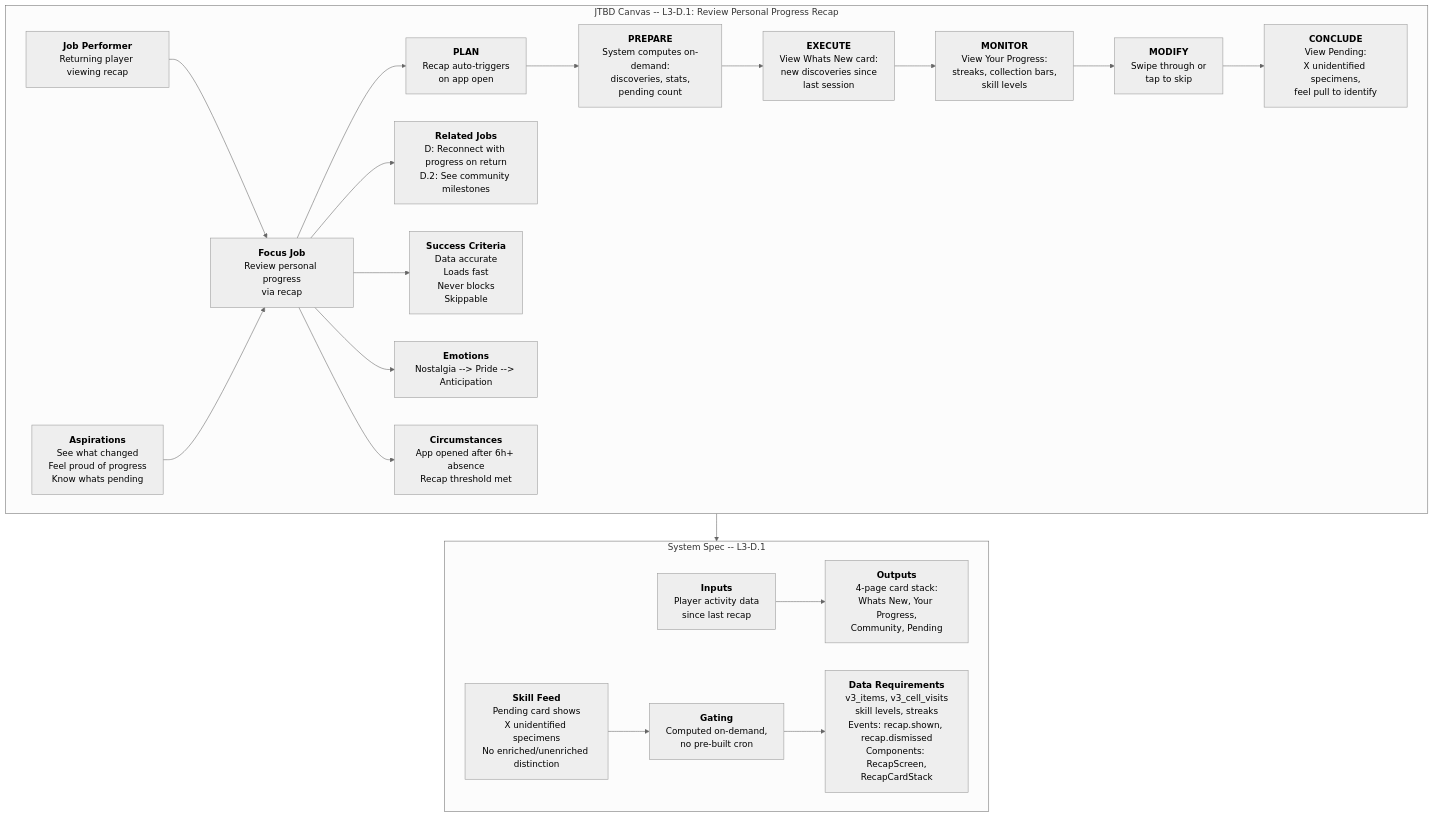
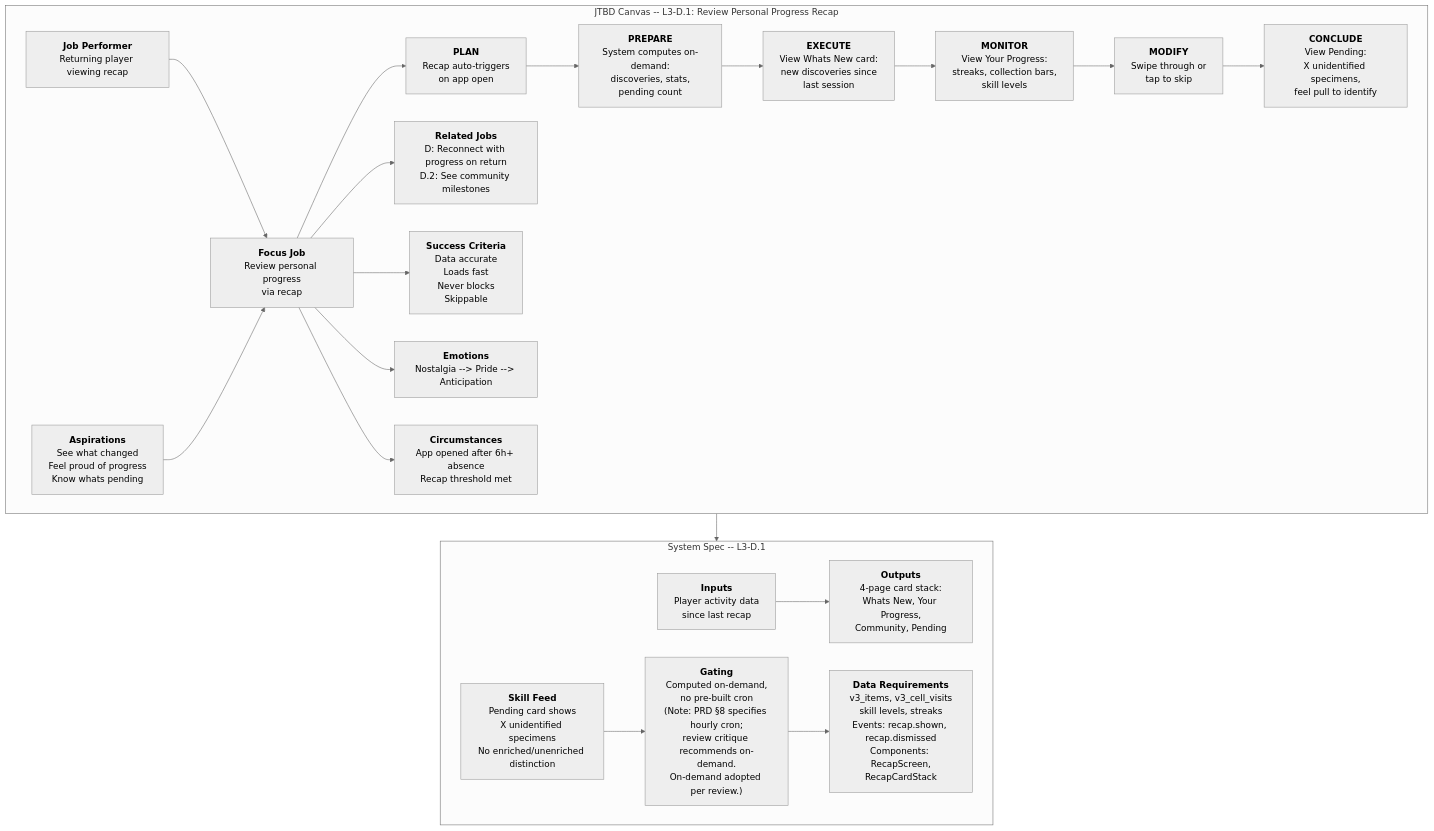
One commit to JMLegere/geo-app changed the diagram in docs/diagrams/problem/d1-review-recap.mmd. Above: the diagram before and after it, drawn with Mermaid (neutral theme). The commit also changed 27 other files, not shown here.

```diff
--- a/docs/diagrams/problem/d1-review-recap.mmd
+++ b/docs/diagrams/problem/d1-review-recap.mmd
@@ -1,39 +1,39 @@
 flowchart TD
     subgraph JTBD["JTBD Canvas -- L3-D.1: Review Personal Progress Recap"]
         JP["<b>Job Performer</b><br/>Returning player viewing recap"]
         ASP["<b>Aspirations</b><br/>See what changed<br/>Feel proud of progress<br/>Know whats pending"]
         FJ["<b>Focus Job</b><br/>Review personal progress<br/>via recap"]
         RJ["<b>Related Jobs</b><br/>D: Reconnect with progress on return<br/>D.2: See community milestones"]
         PLAN["<b>PLAN</b><br/>Recap auto-triggers<br/>on app open"]
         PREPARE["<b>PREPARE</b><br/>System computes on-demand:<br/>discoveries, stats,<br/>pending count"]
         EXECUTE["<b>EXECUTE</b><br/>View Whats New card:<br/>new discoveries since<br/>last session"]
         MONITOR["<b>MONITOR</b><br/>View Your Progress:<br/>streaks, collection bars,<br/>skill levels"]
         MODIFY["<b>MODIFY</b><br/>Swipe through or<br/>tap to skip"]
         CONCLUDE["<b>CONCLUDE</b><br/>View Pending:<br/>X unidentified specimens,<br/>feel pull to identify"]
         SC["<b>Success Criteria</b><br/>Data accurate<br/>Loads fast<br/>Never blocks<br/>Skippable"]
         EM["<b>Emotions</b><br/>Nostalgia --> Pride --> Anticipation"]
         CIRC["<b>Circumstances</b><br/>App opened after 6h+ absence<br/>Recap threshold met"]
 
         JP --> FJ
         ASP --> FJ
         FJ --> PLAN
         PLAN --> PREPARE --> EXECUTE --> MONITOR --> MODIFY --> CONCLUDE
         FJ --> RJ
         FJ --> SC
         FJ --> EM
         FJ --> CIRC
     end
 
     subgraph SystemSpec["System Spec -- L3-D.1"]
         IN["<b>Inputs</b><br/>Player activity data<br/>since last recap"]
         OUT["<b>Outputs</b><br/>4-page card stack:<br/>Whats New, Your Progress,<br/>Community, Pending"]
         SF["<b>Skill Feed</b><br/>Pending card shows<br/>X unidentified specimens<br/>No enriched/unenriched distinction"]
-        GT["<b>Gating</b><br/>Computed on-demand,<br/>no pre-built cron"]
+        GT["<b>Gating</b><br/>Computed on-demand,<br/>no pre-built cron<br/>(Note: PRD §8 specifies hourly cron;<br/>review critique recommends on-demand.<br/>On-demand adopted per review.)"]
         DR["<b>Data Requirements</b><br/>v3_items, v3_cell_visits<br/>skill levels, streaks<br/>Events: recap.shown, recap.dismissed<br/>Components: RecapScreen,<br/>RecapCardStack"]
 
         IN --> OUT
         SF --> GT
         GT --> DR
     end
 
     JTBD --> SystemSpec
```
